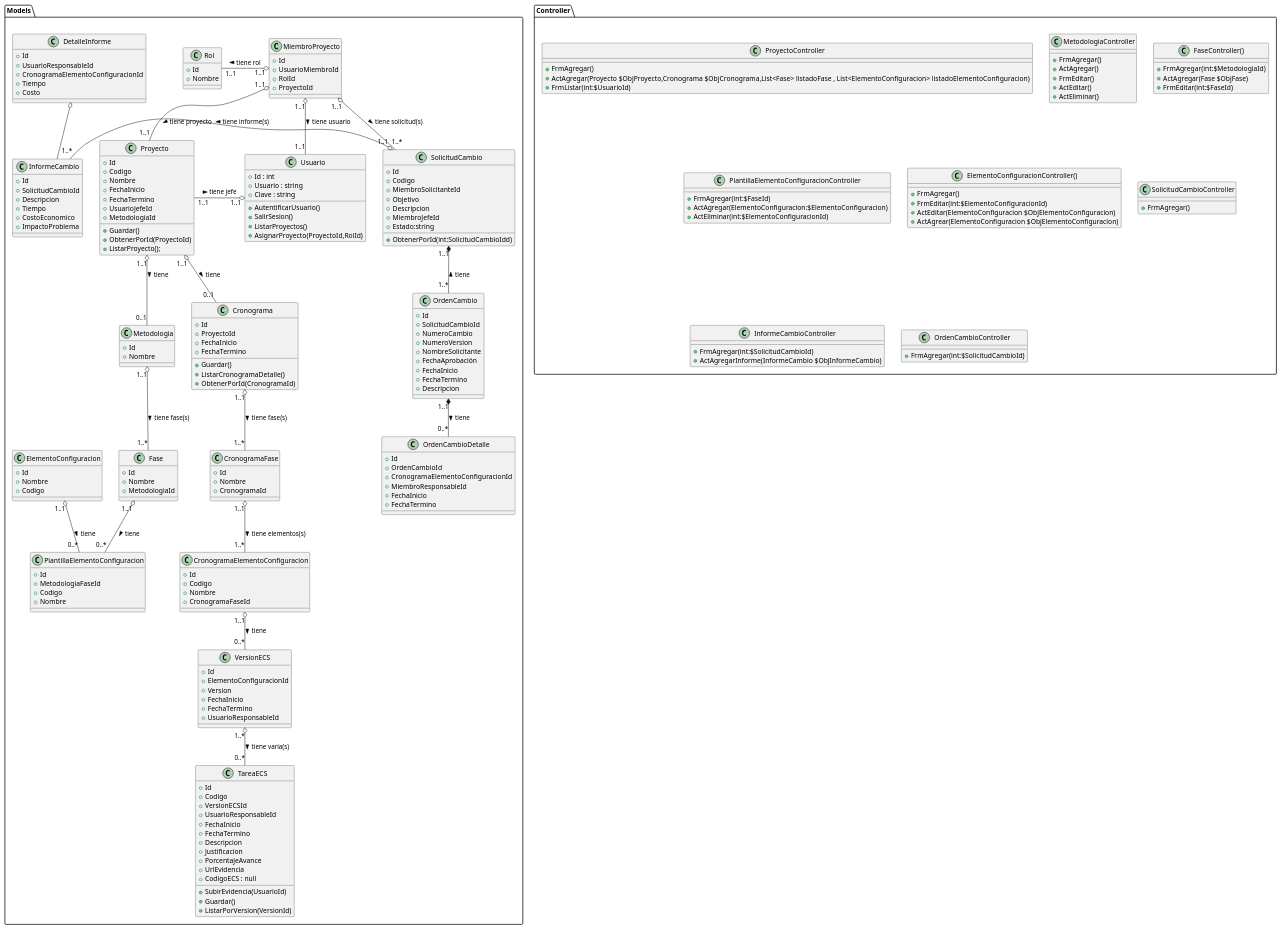
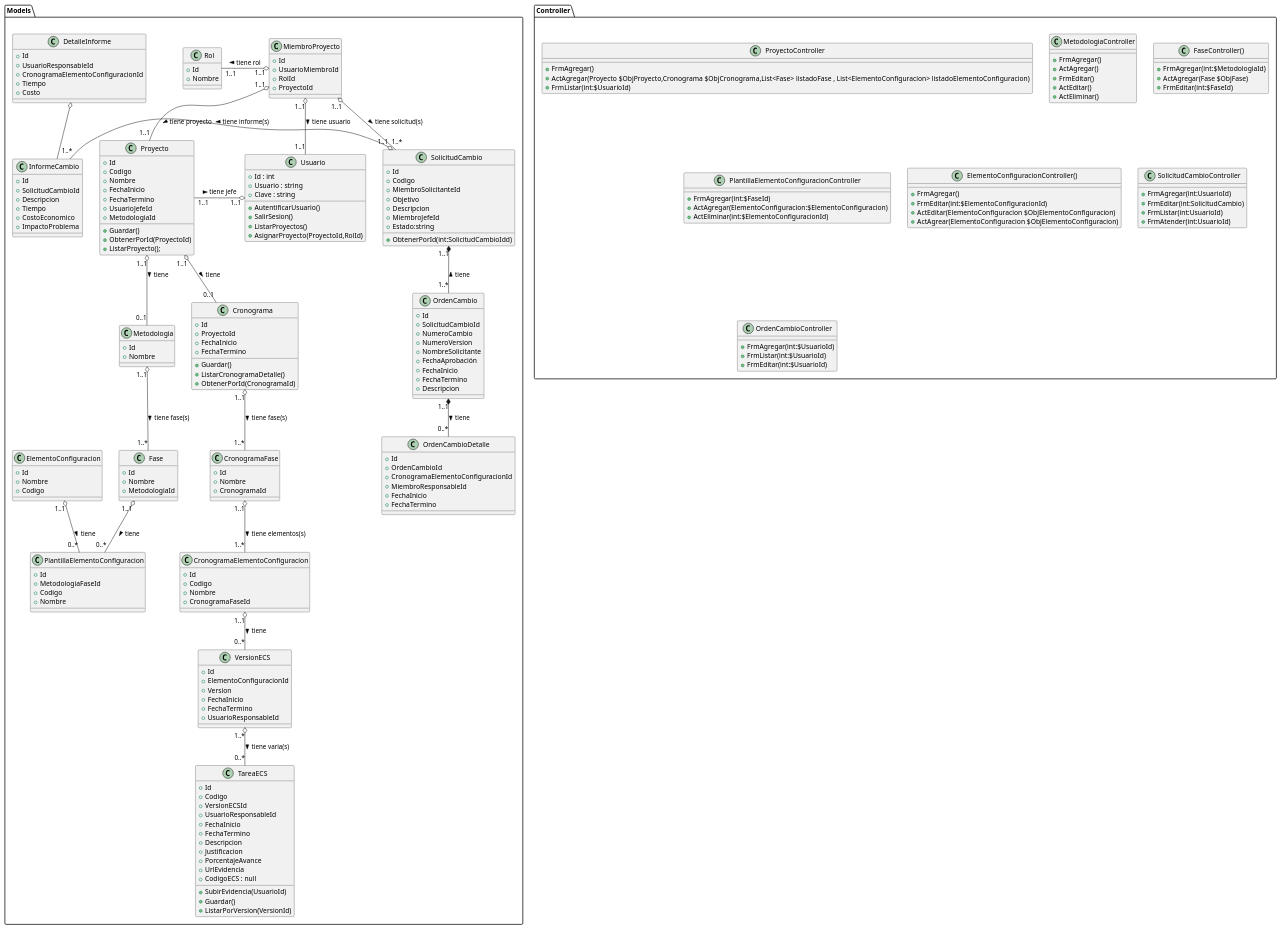
Before and after one commit to LaNsDiego/LaravelGestion: the diagram in documentacion/uml/diagrama_clase_movdelos_controladores_v2.plantuml, drawn with PlantUML.

Commit message:
diagrama clases controller
solicitud de cambio, orden de cambio

```diff
--- a/documentacion/uml/diagrama_clase_movdelos_controladores_v2.plantuml
+++ b/documentacion/uml/diagrama_clase_movdelos_controladores_v2.plantuml
@@ -230,18 +230,22 @@
 
 
     class SolicitudCambioController{
-        +FrmAgregar()
-        ' +FrmEditar(int:SolicitudCambio)
+        +FrmAgregar(int:UsuarioId)
+        +FrmEditar(int:SolicitudCambio)
+        +FrmListar(int:UsuarioId)
+        +FrmAtender(int:UsuarioId)
     }
 
-    class InformeCambioController{
-        +FrmAgregar(int:$SolicitudCambioId)
-        +ActAgregarInforme(InformeCambio $ObjInformeCambio)
-    }
+    ' class InformeCambioController{
+    '     +FrmAgregar(int:$SolicitudCambioId)
+    '     +ActAgregarInforme(InformeCambio $ObjInformeCambio)
+    ' }
 
 
     class OrdenCambioController{
-        +FrmAgregar(int:$SolicitudCambioId)
+        +FrmAgregar(int:$UsuarioId)
+        +FrmListar(int:$UsuarioId)
+        +FrmEditar(int:$UsuarioId)
     }
 
 }
```
